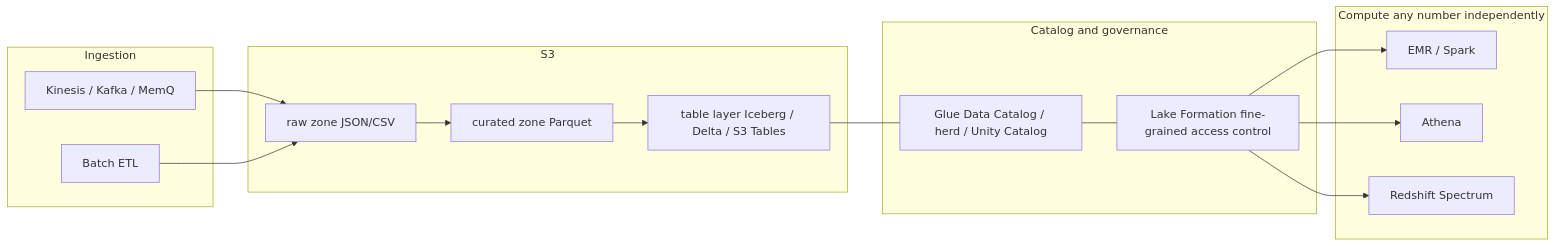
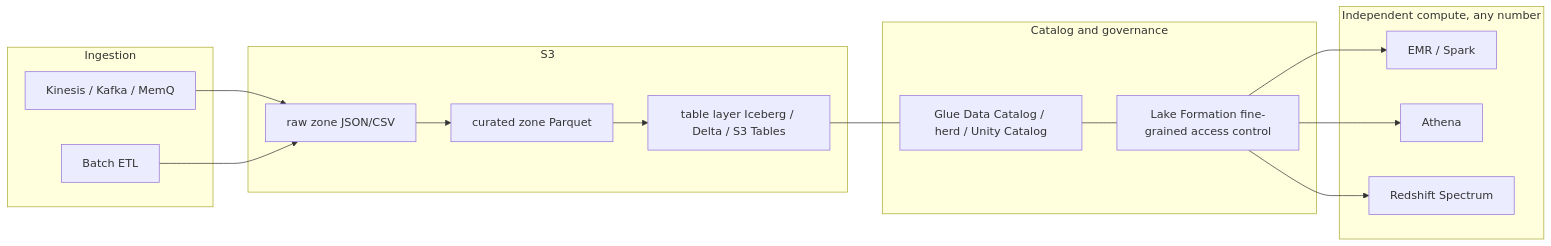
Before and after one commit to 0-draft/s3-atlas: the first of 4 diagrams in docs/en/15-case-studies.md, drawn with Mermaid. The commit also changed other lines of this file and 4 other files, not shown here.

````diff
--- a/docs/en/15-case-studies.md
+++ b/docs/en/15-case-studies.md
@@ -497,29 +497,29 @@
 ```mermaid
 flowchart LR
     subgraph Ingest[Ingestion]
         K[Kinesis / Kafka / MemQ]
         B[Batch ETL]
     end
     subgraph Storage[S3]
         RAW[raw zone JSON/CSV]
         CUR[curated zone Parquet]
         TBL[table layer Iceberg / Delta / S3 Tables]
     end
     subgraph Catalog[Catalog and governance]
         GLUE[Glue Data Catalog / herd / Unity Catalog]
         LF[Lake Formation fine-grained access control]
     end
-    subgraph Compute[Compute any number independently]
+    subgraph Compute[Independent compute, any number]
         EMR[EMR / Spark]
         ATH[Athena]
         RS[Redshift Spectrum]
     end
     K --> RAW
     B --> RAW
     RAW --> CUR --> TBL
     TBL --- GLUE
     GLUE --- LF
     LF --> EMR
     LF --> ATH
     LF --> RS
 ```
````
